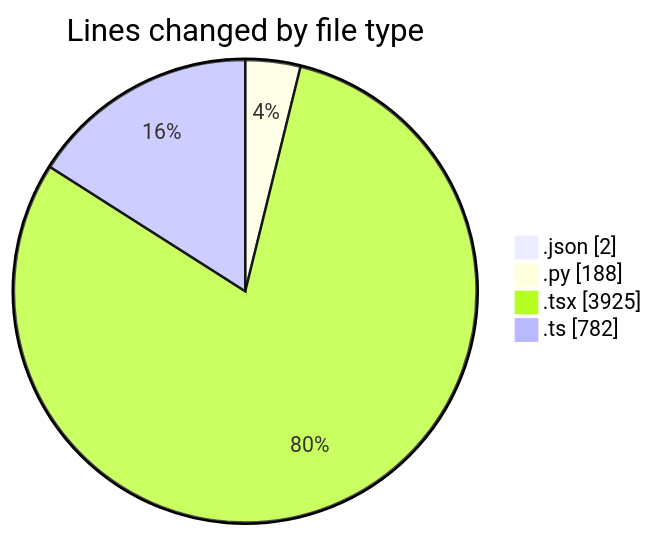
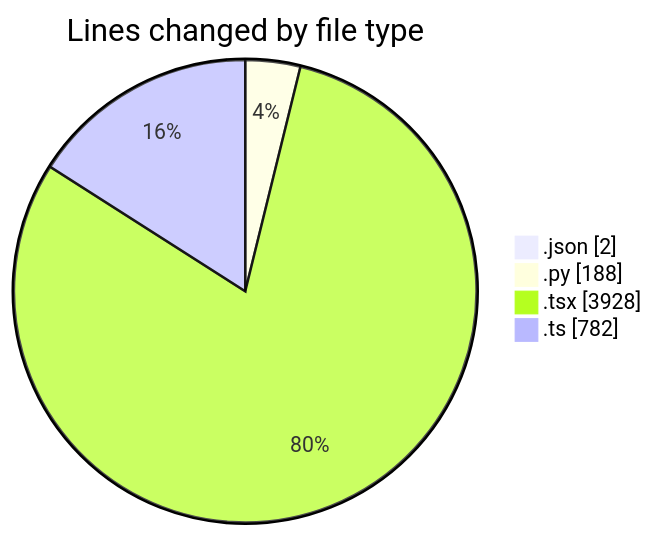
The first of 2 diagrams in 2025-10-06/eventscop-frontend-guide__workspace_/README.md (julien-gomy/code-tracking), drawn with Mermaid before and after one commit. The commit also changed other lines of this file and 1 other file, not shown here.

````diff
--- a/2025-10-06/eventscop-frontend-guide__workspace_/README.md
+++ b/2025-10-06/eventscop-frontend-guide__workspace_/README.md
@@ -49,8 +49,8 @@
 ```mermaid
 pie showData
 title Lines changed by file type
 ".json" : 2
 ".py" : 188
-".tsx" : 3925
+".tsx" : 3928
 ".ts" : 782
 ```
````
